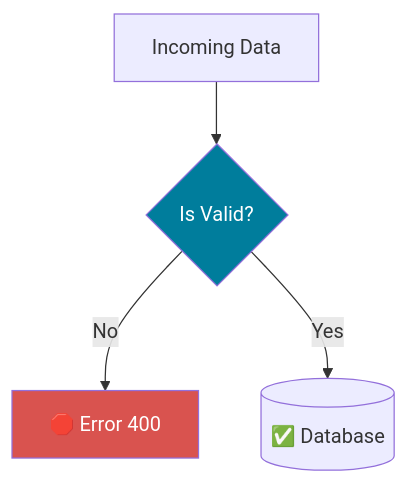
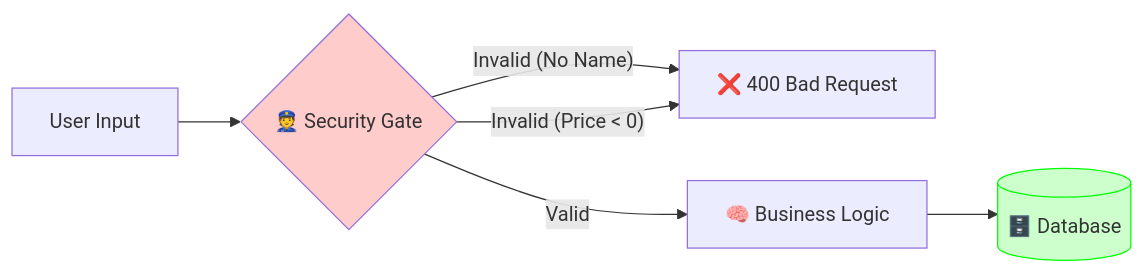
The fourth of 4 diagrams in docs/signals.md (dake-edu/gopher-shop), drawn with Mermaid before and after one commit. The commit also changed other lines of this file and 19 other files, not shown here.

````diff
--- a/docs/signals.md
+++ b/docs/signals.md
@@ -44,8 +83,13 @@
 ```mermaid
-graph TD
-    Input[Incoming Data] --> Gate{Is Valid?}
-    Gate -- No --> Reject[🛑 Error 400]
-    Gate -- Yes --> Warehouse[(✅ Database)]
-    style Gate fill:#007d9c,color:white
-    style Reject fill:#d9534f,color:white
+flowchart LR
+    Input[User Input] --> Gate{👮 Security Gate}
+    
+    Gate -- "Invalid (No Name)" --> Reject[❌ 400 Bad Request]
+    Gate -- "Invalid (Price < 0)" --> Reject
+    
+    Gate -- "Valid" --> Logic[🧠 Business Logic]
+    Logic --> DB[(🗄️ Database)]
+    
+    style Gate fill:#ffcccc,stroke:#r00
+    style DB fill:#ccffcc,stroke:#0f0
 ```
````
